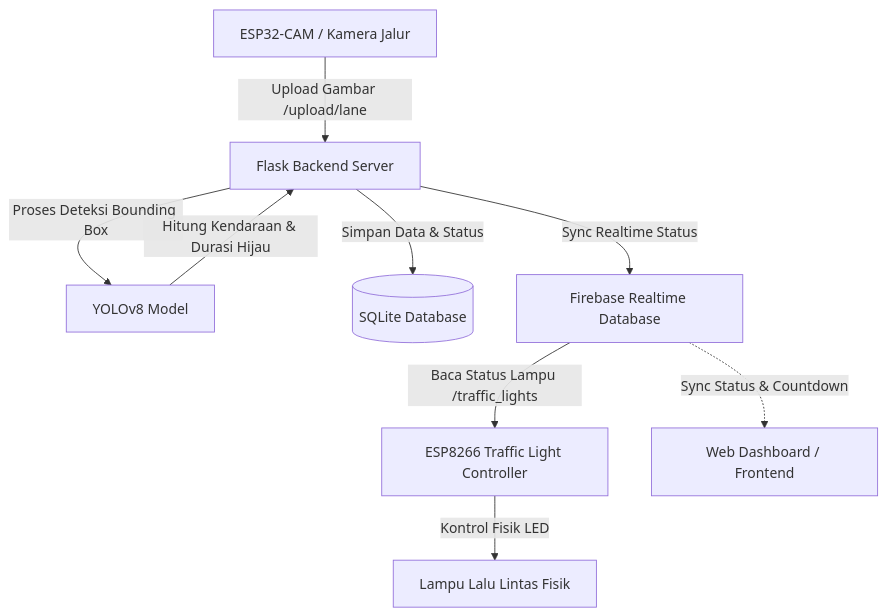
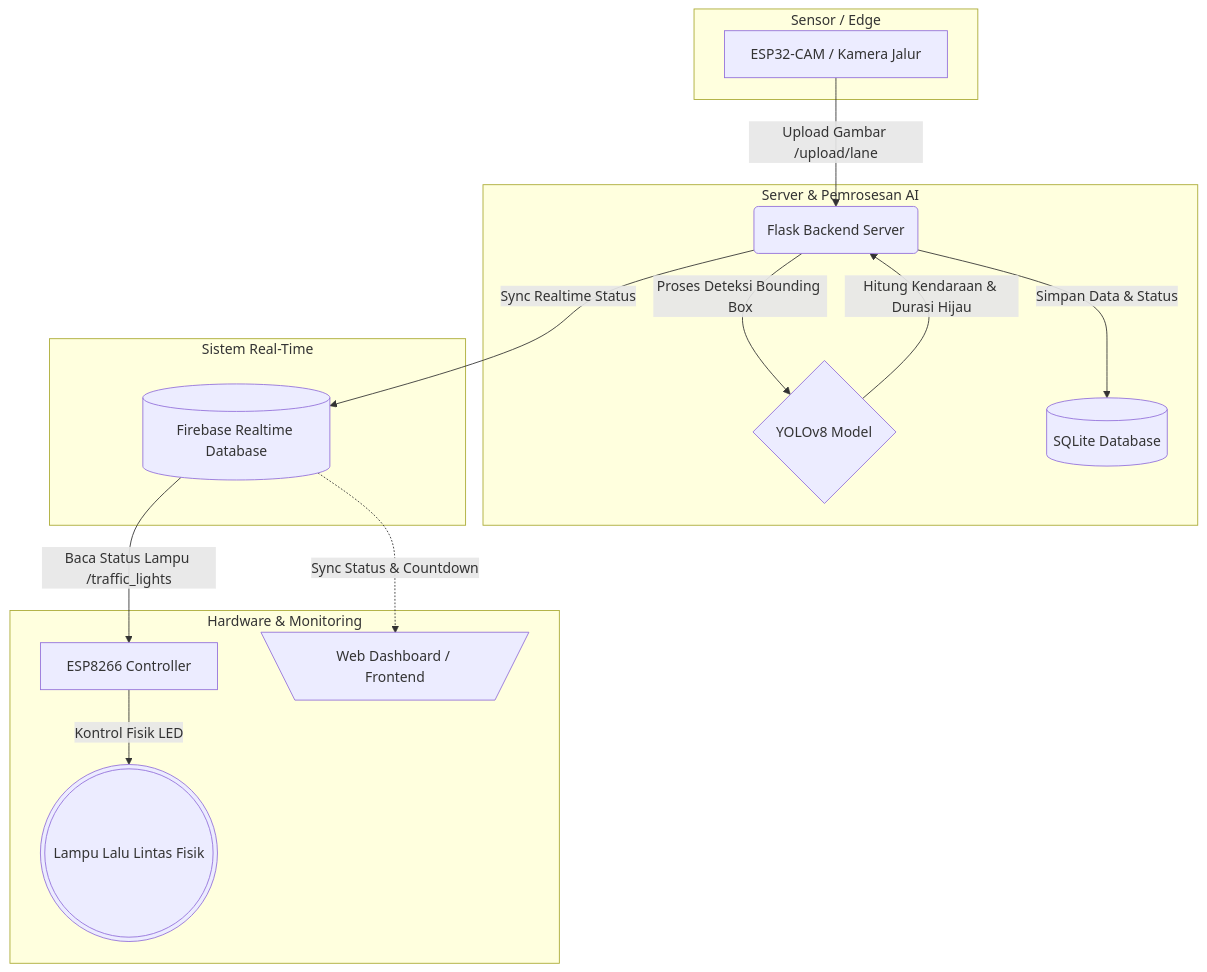
Before and after one commit to cyator-zach/smart-traffic: the diagram in README.md, drawn with Mermaid.

Commit message:
Update system architecture diagram in README

````diff
--- a/README.md
+++ b/README.md
@@ -9,11 +9,32 @@
 ```mermaid
-graph TD
-    A[ESP32-CAM / Kamera Jalur] -- Upload Gambar /upload/lane --> B[Flask Backend Server]
-    B -- Proses Deteksi Bounding Box --> C[YOLOv8 Model]
+flowchart TD
+    subgraph IoT_Input [Sensor / Edge]
+        A[ESP32-CAM / Kamera Jalur]
+    end
+
+    subgraph Backend [Server & Pemrosesan AI]
+        B(Flask Backend Server)
+        C{YOLOv8 Model}
+        D[(SQLite Database)]
+    end
+
+    subgraph Cloud [Sistem Real-Time]
+        E[(Firebase Realtime Database)]
+    end
+
+    subgraph Output [Hardware & Monitoring]
+        F[ESP8266 Controller]
+        G(((Lampu Lalu Lintas Fisik)))
+        H[\Web Dashboard / Frontend/]
+    end
+
+    %% Alur Data
+    A -- Upload Gambar /upload/lane --> B
+    B -- Proses Deteksi Bounding Box --> C
     C -- Hitung Kendaraan & Durasi Hijau --> B
-    B -- Simpan Data & Status --> D[(SQLite Database)]
-    B -- Sync Realtime Status --> E[Firebase Realtime Database]
-    E -- Baca Status Lampu /traffic_lights --> F[ESP8266 Traffic Light Controller]
-    F -- Kontrol Fisik LED --> G[Lampu Lalu Lintas Fisik]
-    E -. Sync Status & Countdown .-> H[Web Dashboard / Frontend]
+    B -- Simpan Data & Status --> D
+    B -- Sync Realtime Status --> E
+    E -- Baca Status Lampu /traffic_lights --> F
+    F -- Kontrol Fisik LED --> G
+    E -. Sync Status & Countdown .-> H
 ```
````
